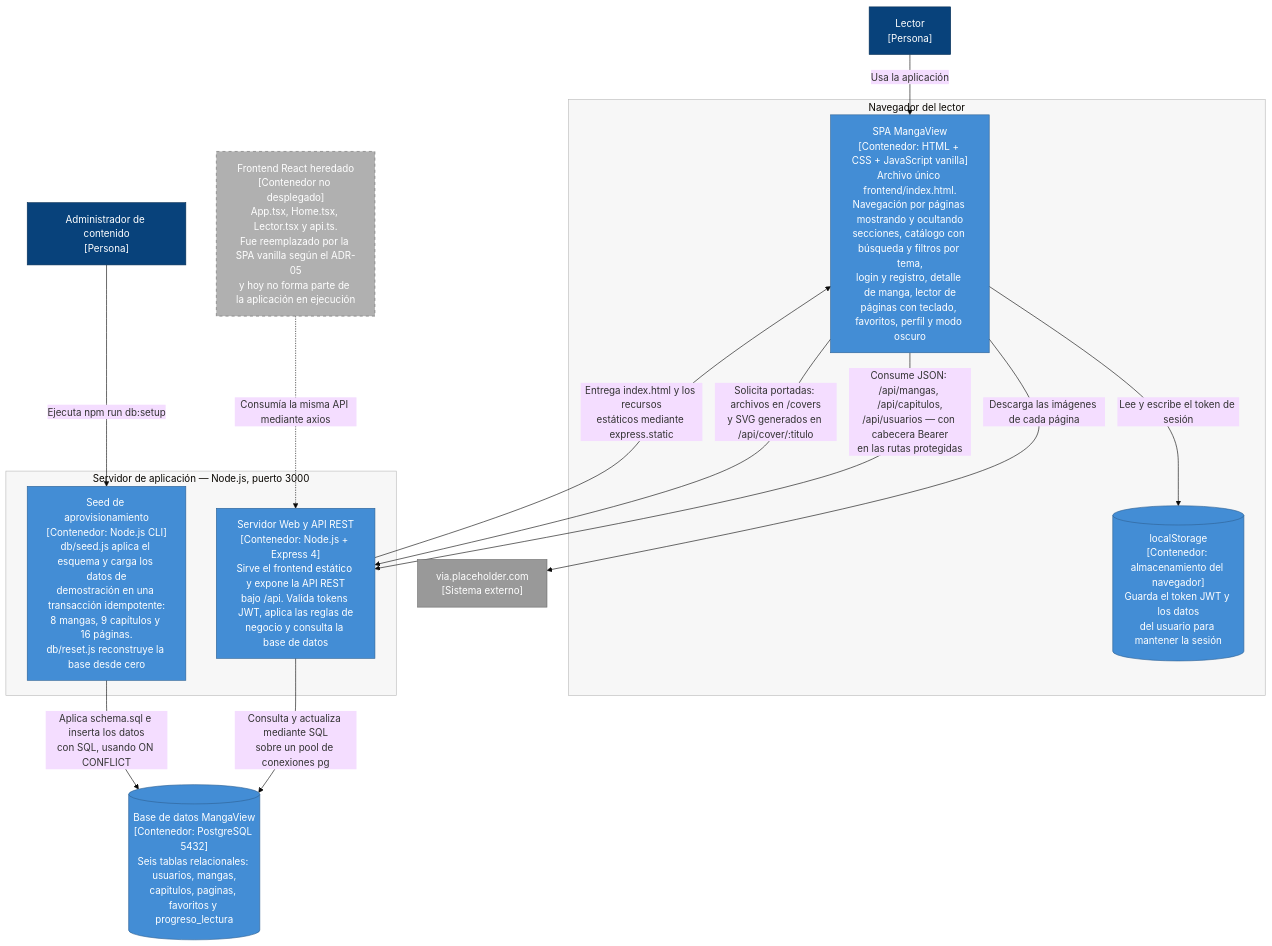
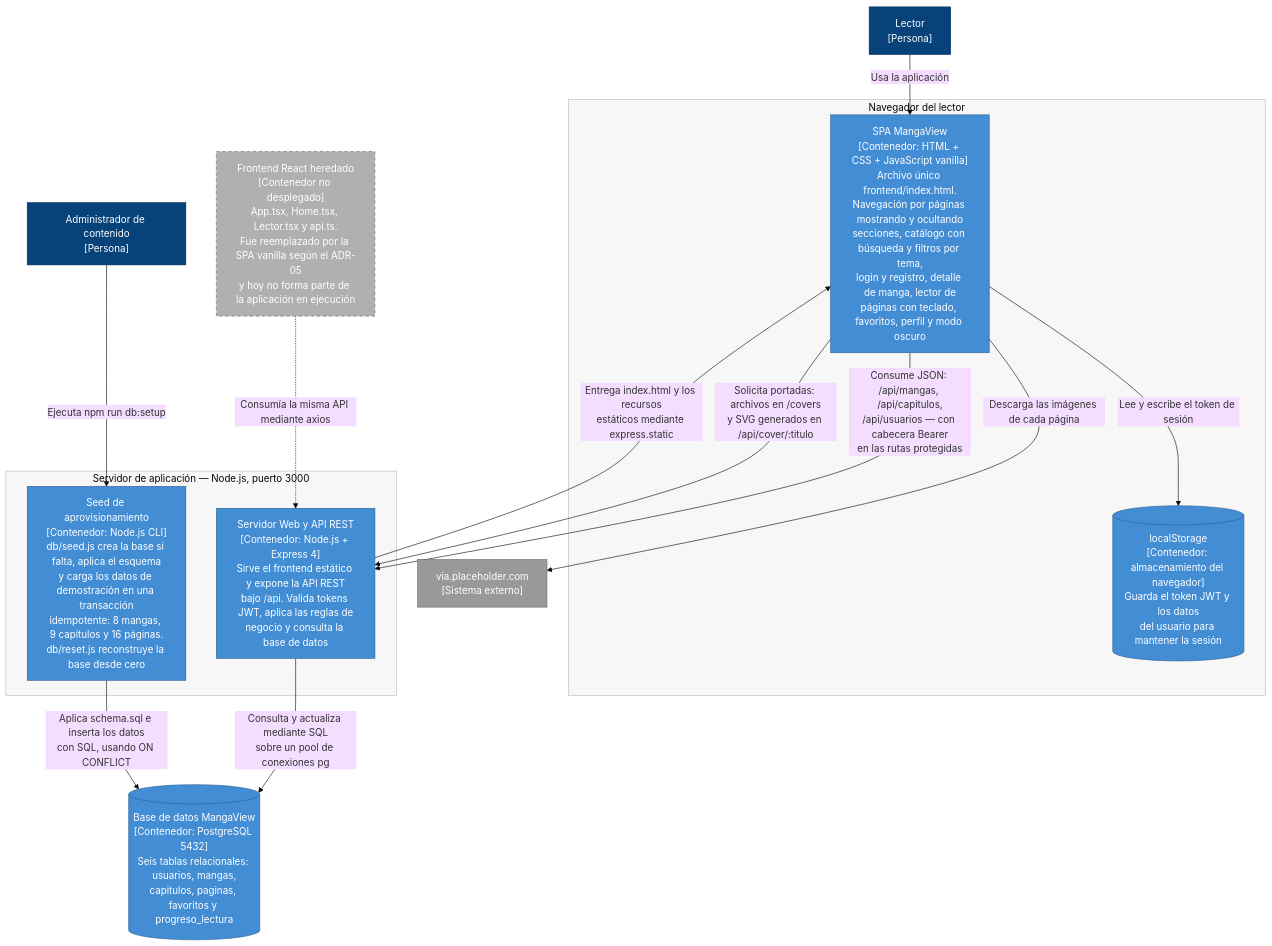
One commit to Robertotec2/MangaView changed the second of 4 diagrams in docs/C4-MangaView.md. Above: the diagram before and after it, drawn with Mermaid (base theme). The commit also changed other lines of this file and 4 other files, not shown here.

First line of the commit message:
docs: registrar el ADR-09 y actualizar los diagramas al estado real

````diff
--- a/docs/C4-MangaView.md
+++ b/docs/C4-MangaView.md
@@ -107,44 +107,44 @@
 ```mermaid
 flowchart TB
     lector["Lector<br/>[Persona]"]
     admin["Administrador de contenido<br/>[Persona]"]
 
     subgraph navegador["Navegador del lector"]
         spa["SPA MangaView<br/>[Contenedor: HTML + CSS + JavaScript vanilla]<br/>Archivo único frontend/index.html.<br/>Navegación por páginas mostrando y ocultando<br/>secciones, catálogo con búsqueda y filtros por tema,<br/>login y registro, detalle de manga, lector de<br/>páginas con teclado, favoritos, perfil y modo oscuro"]
         storage[("localStorage<br/>[Contenedor: almacenamiento del navegador]<br/>Guarda el token JWT y los datos<br/>del usuario para mantener la sesión")]
     end
 
     subgraph servidor["Servidor de aplicación — Node.js, puerto 3000"]
         api["Servidor Web y API REST<br/>[Contenedor: Node.js + Express 4]<br/>Sirve el frontend estático y expone la API REST<br/>bajo /api. Valida tokens JWT, aplica las reglas de<br/>negocio y consulta la base de datos"]
-        scripts["Seed de aprovisionamiento<br/>[Contenedor: Node.js CLI]<br/>db/seed.js aplica el esquema y carga los datos de<br/>demostración en una transacción idempotente:<br/>8 mangas, 9 capítulos y 16 páginas.<br/>db/reset.js reconstruye la base desde cero"]
+        scripts["Seed de aprovisionamiento<br/>[Contenedor: Node.js CLI]<br/>db/seed.js crea la base si falta, aplica el esquema<br/>y carga los datos de demostración en una transacción<br/>idempotente: 8 mangas, 9 capítulos y 16 páginas.<br/>db/reset.js reconstruye la base desde cero"]
     end
 
     db[("Base de datos MangaView<br/>[Contenedor: PostgreSQL 5432]<br/>Seis tablas relacionales: usuarios, mangas,<br/>capitulos, paginas, favoritos y progreso_lectura")]
 
     placeholder["via.placeholder.com<br/>[Sistema externo]"]
     legacy["Frontend React heredado<br/>[Contenedor no desplegado]<br/>App.tsx, Home.tsx, Lector.tsx y api.ts.<br/>Fue reemplazado por la SPA vanilla según el ADR-05<br/>y hoy no forma parte de la aplicación en ejecución"]
 
     lector -->|"Usa la aplicación"| spa
     spa -->|"Lee y escribe el token de sesión"| storage
     api -->|"Entrega index.html y los recursos<br/>estáticos mediante express.static"| spa
     spa -->|"Consume JSON: /api/mangas, /api/capitulos,<br/>/api/usuarios — con cabecera Bearer<br/>en las rutas protegidas"| api
     spa -->|"Solicita portadas: archivos en /covers<br/>y SVG generados en /api/cover/:titulo"| api
     spa -->|"Descarga las imágenes de cada página"| placeholder
     api -->|"Consulta y actualiza mediante SQL<br/>sobre un pool de conexiones pg"| db
     admin -->|"Ejecuta npm run db:setup"| scripts
     scripts -->|"Aplica schema.sql e inserta los datos<br/>con SQL, usando ON CONFLICT"| db
     legacy -.->|"Consumía la misma API mediante axios"| api
 
     classDef persona fill:#08427b,stroke:#052e56,color:#ffffff
     classDef contenedor fill:#438dd5,stroke:#2e6295,color:#ffffff
     classDef datos fill:#438dd5,stroke:#2e6295,color:#ffffff
     classDef externo fill:#999999,stroke:#6b6b6b,color:#ffffff
     classDef muerto fill:#b0b0b0,stroke:#6b6b6b,color:#ffffff,stroke-dasharray: 5 5
     class lector,admin persona
     class spa,api,scripts contenedor
     class storage,db datos
     class placeholder externo
     class legacy muerto
     style navegador fill:#f7f7f7,stroke:#bbbbbb
     style servidor fill:#f7f7f7,stroke:#bbbbbb
 ```
````
